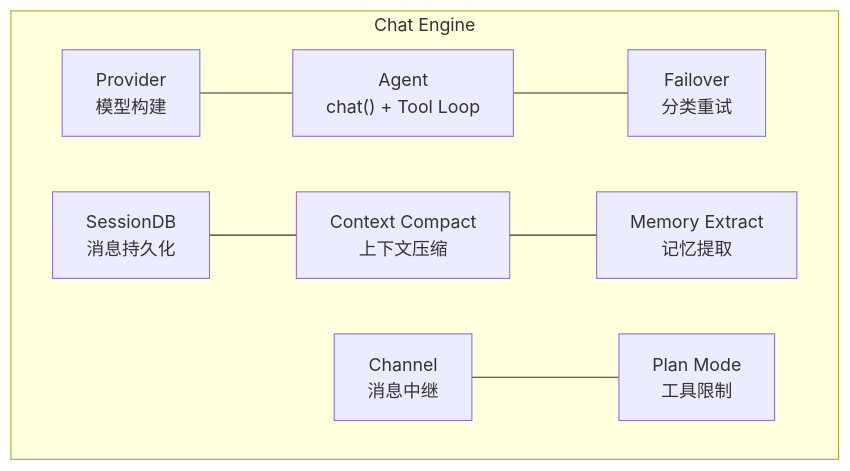
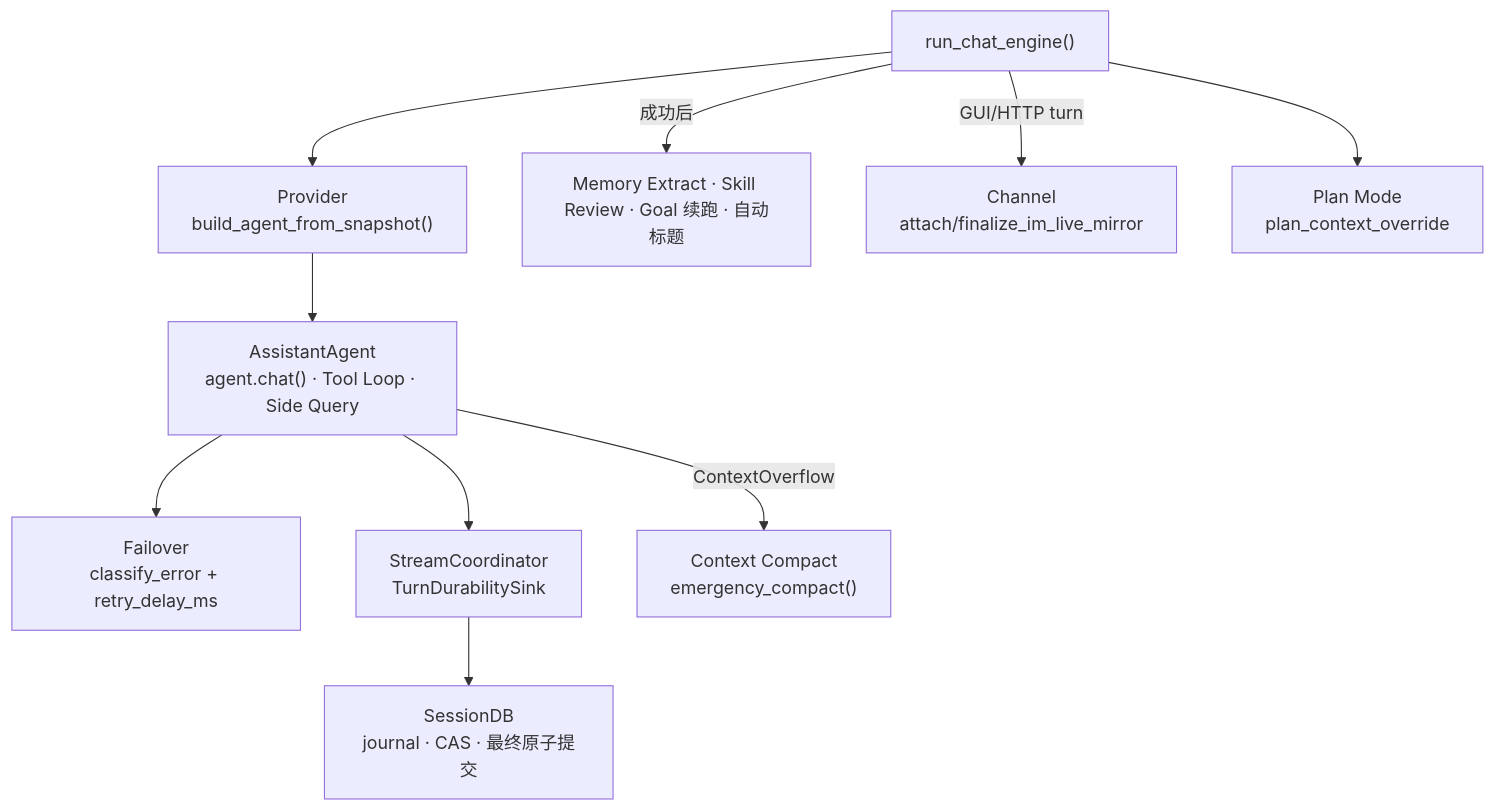
Before and after one commit to shiwenwen/hope-agent: the seventh of 7 diagrams in docs/architecture/chat-engine.md, drawn with Mermaid. The commit also changed other lines of this file and 7 other files, not shown here.

First line of the commit message:
🦭docs: 补齐 8 篇漏掉的中型文档（ask-user/chat-engine/design-space/lsp/permission-system/recap/self-update/session）

````diff
--- a/docs/architecture/chat-engine.md
+++ b/docs/architecture/chat-engine.md
@@ -649,19 +690,14 @@
 ```mermaid
-graph TB
-    subgraph ChatEngine["Chat Engine"]
-        Provider["Provider<br/>模型构建"]
-        Agent["Agent<br/>chat() + Tool Loop"]
-        Failover["Failover<br/>分类重试"]
-        SessionDB["SessionDB<br/>消息持久化"]
-        ContextCompact["Context Compact<br/>上下文压缩"]
-        MemoryExtract["Memory Extract<br/>记忆提取"]
-        Channel["Channel<br/>消息中继"]
-        PlanMode["Plan Mode<br/>工具限制"]
-    end
+flowchart TB
+    Engine["run_chat_engine()"]
 
-    Provider --- Agent
-    Agent --- Failover
-    SessionDB --- ContextCompact
-    ContextCompact --- MemoryExtract
-    Channel --- PlanMode
+    Engine --> Prov["Provider<br/>build_agent_from_snapshot()"]
+    Prov --> Agent["AssistantAgent<br/>agent.chat() · Tool Loop · Side Query"]
+    Agent --> Fail["Failover<br/>classify_error + retry_delay_ms"]
+    Agent --> Coord["StreamCoordinator<br/>TurnDurabilitySink"]
+    Coord --> DB["SessionDB<br/>journal · CAS · 最终原子提交"]
+    Agent -->|ContextOverflow| Compact["Context Compact<br/>emergency_compact()"]
+    Engine -->|成功后| Post["Memory Extract · Skill Review · Goal 续跑 · 自动标题"]
+    Engine -->|GUI/HTTP turn| Mirror["Channel<br/>attach/finalize_im_live_mirror"]
+    Engine --> Plan["Plan Mode<br/>plan_context_override"]
 ```
````
